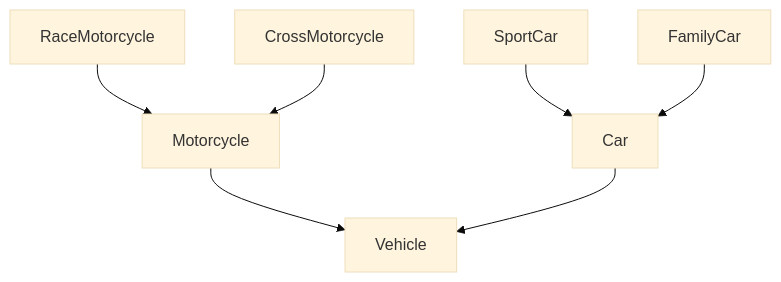
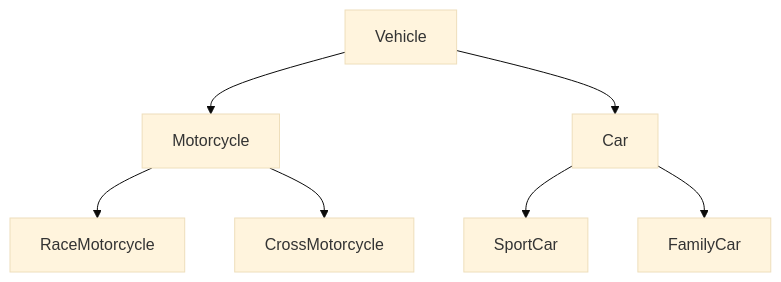
One commit to Nedanovx/SoftUni changed the third of 3 diagrams in CSharp - OOP/Inheritance - Exercise/Readme.md. Above: the diagram before and after it, drawn with Mermaid (base theme). The commit also changed other lines of this file, not shown here.

````diff
--- a/CSharp - OOP/Inheritance - Exercise/Readme.md
+++ b/CSharp - OOP/Inheritance - Exercise/Readme.md
@@ -100,10 +100,10 @@
 ```mermaid
 graph TD;
 Vehicle;
-Motorcycle --> Vehicle;
-RaceMotorcycle --> Motorcycle;
-CrossMotorcycle --> Motorcycle;
-Car --> Vehicle;
-SportCar --> Car;
-FamilyCar --> Car;
+Vehicle --> Motorcycle;
+Motorcycle --> RaceMotorcycle;
+Motorcycle --> CrossMotorcycle;
+Vehicle --> Car;
+Car --> SportCar;
+Car --> FamilyCar;
 ```
````
